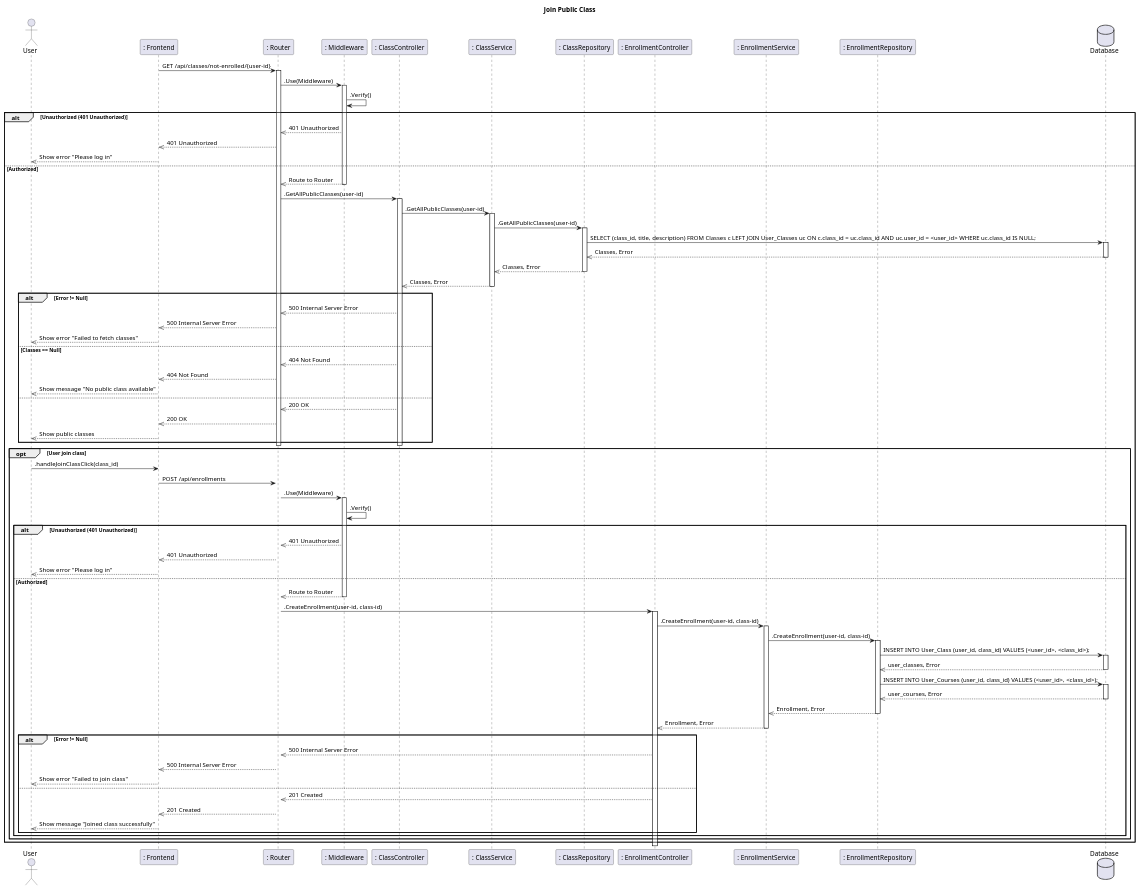
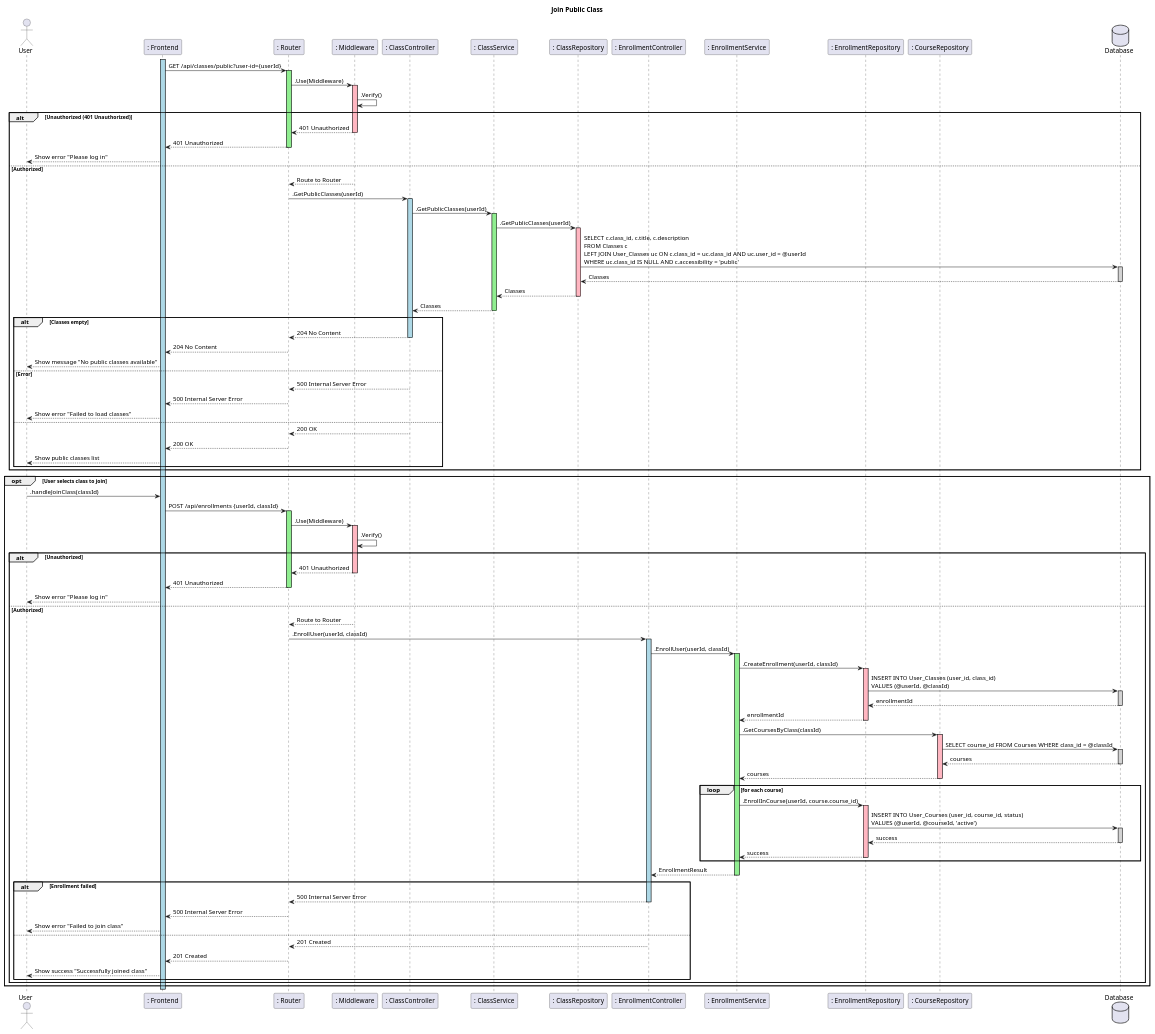
Before and after one commit to CS371-Project-Management/CS371-Sequence-Diagram: the diagram in SD13-Join-Public-Class.puml, drawn with PlantUML. The commit also changed 10 other files, not shown here.

Commit message:
feat: enhance sequence diagrams for login, account creation, class joining, and member deletion with improved error handling and validation

```diff
--- a/SD13-Join-Public-Class.puml
+++ b/SD13-Join-Public-Class.puml
@@ -1,112 +1,152 @@
 @startuml SequenceDiagram
 title Join Public Class
+
 actor User
 
 participant ": Frontend" as Frontend
 participant ": Router" as Router
 participant ": Middleware" as Middleware
 
 participant ": ClassController" as ClassController
 participant ": ClassService" as ClassService
 participant ": ClassRepository" as ClassRepository
 
 participant ": EnrollmentController" as EnrollmentController
 participant ": EnrollmentService" as EnrollmentService
 participant ": EnrollmentRepository" as EnrollmentRepository
+participant ": CourseRepository" as CourseRepository
 
 database Database
 
-Frontend -> Router: GET /api/classes/not-enrolled/{user-id}
-activate Router
+activate Frontend #LightBlue
+
+Frontend -> Router: GET /api/classes/public?user-id={userId}
+activate Router #LightGreen
 
 Router -> Middleware: .Use(Middleware)
-activate Middleware
+activate Middleware #LightPink
 Middleware -> Middleware : .Verify()
 
 alt Unauthorized (401 Unauthorized)
-  Middleware -->> Router: 401 Unauthorized
-  Router -->> Frontend: 401 Unauthorized
-  Frontend -->> User: Show error "Please log in"
+  Middleware --> Router: 401 Unauthorized
+  deactivate Middleware
+  Router --> Frontend: 401 Unauthorized
+  deactivate Router
+  Frontend --> User: Show error "Please log in"
 else Authorized
-  Middleware -->> Router: Route to Router
+  Middleware --> Router: Route to Router
   deactivate Middleware
-  Router -> ClassController: .GetAllPublicClasses(user-id)
-  activate ClassController
-  ClassController -> ClassService: .GetAllPublicClasses(user-id)
-  activate ClassService
-  ClassService -> ClassRepository: .GetAllPublicClasses(user-id)
-  activate ClassRepository
-  ClassRepository -> Database: SELECT (class_id, title, description) FROM Classes c LEFT JOIN User_Classes uc ON c.class_id = uc.class_id AND uc.user_id = <user_id> WHERE uc.class_id IS NULL;
-  activate Database
-  Database -->> ClassRepository : Classes, Error
+  Router -> ClassController: .GetPublicClasses(userId)
+  activate ClassController #LightBlue
+
+  ClassController -> ClassService: .GetPublicClasses(userId)
+  activate ClassService #LightGreen
+  ClassService -> ClassRepository: .GetPublicClasses(userId)
+  activate ClassRepository #LightPink
+  ClassRepository -> Database: SELECT c.class_id, c.title, c.description \nFROM Classes c \nLEFT JOIN User_Classes uc ON c.class_id = uc.class_id AND uc.user_id = @userId \nWHERE uc.class_id IS NULL AND c.accessibility = 'public'
+  activate Database #LightGray
+  Database --> ClassRepository: Classes
   deactivate Database
-  ClassRepository -->> ClassService : Classes, Error
+  ClassRepository --> ClassService: Classes
   deactivate ClassRepository
-  ClassService -->> ClassController : Classes, Error
+  ClassService --> ClassController: Classes
   deactivate ClassService
-  alt Error != Null
-    ClassController -->> Router : 500 Internal Server Error
-    Router -->> Frontend : 500 Internal Server Error
-    Frontend -->> User : Show error "Failed to fetch classes"
-  else Classes == Null
-    ClassController -->> Router : 404 Not Found
-    Router -->> Frontend : 404 Not Found
-    Frontend -->> User : Show message "No public class available"
+
+  alt Classes empty
+    ClassController --> Router: 204 No Content
+    deactivate ClassController
+    Router --> Frontend: 204 No Content
+    deactivate Router
+    Frontend --> User: Show message "No public classes available"
+  else Error
+    ClassController --> Router: 500 Internal Server Error
+    deactivate ClassController
+    Router --> Frontend: 500 Internal Server Error
+    deactivate Router
+    Frontend --> User: Show error "Failed to load classes"
   else
-    ClassController -->> Router : 200 OK
-    Router -->> Frontend : 200 OK
-    Frontend -->> User : Show public classes
+    ClassController --> Router: 200 OK
+    deactivate ClassController
+    Router --> Frontend: 200 OK
+    deactivate Router
+    Frontend --> User: Show public classes list
   end
-  deactivate ClassController
-  deactivate Router
-      deactivate ClassController
-      deactivate Router
-      opt User join class
-        User -> Frontend : .handleJoinClassClick(class_id)
-        Frontend -> Router : POST /api/enrollments
-        activate Router
+end
 
-        Router -> Middleware : .Use(Middleware)
-        activate Middleware
-        Middleware -> Middleware : .Verify()
+opt User selects class to join
+  User -> Frontend: .handleJoinClass(classId)
+  Frontend -> Router: POST /api/enrollments {userId, classId}
+  activate Router #LightGreen
 
-        alt Unauthorized (401 Unauthorized)
-          Middleware -->> Router: 401 Unauthorized
-          Router -->> Frontend: 401 Unauthorized
-          Frontend -->> User: Show error "Please log in"
-        else Authorized
-          Middleware -->> Router: Route to Router
-          deactivate Middleware
-          Router -> EnrollmentController: .CreateEnrollment(user-id, class-id)
-          activate EnrollmentController
-          EnrollmentController -> EnrollmentService: .CreateEnrollment(user-id, class-id)
-          activate EnrollmentService
-          EnrollmentService -> EnrollmentRepository: .CreateEnrollment(user-id, class-id)
-          activate EnrollmentRepository
-          EnrollmentRepository -> Database: INSERT INTO User_Class (user_id, class_id) VALUES (<user_id>, <class_id>);
-          activate Database
-          Database -->> EnrollmentRepository : user_classes, Error
-          deactivate Database
-          EnrollmentRepository -> Database: INSERT INTO User_Courses (user_id, class_id) VALUES (<user_id>, <class_id>);
-          activate Database
-          Database -->> EnrollmentRepository : user_courses, Error
-          deactivate Database
-          EnrollmentRepository -->> EnrollmentService : Enrollment, Error
-          deactivate EnrollmentRepository
-          EnrollmentService -->> EnrollmentController : Enrollment, Error
-          deactivate EnrollmentService
-          alt Error != Null
-            EnrollmentController -->> Router : 500 Internal Server Error
-            Router -->> Frontend : 500 Internal Server Error
-            Frontend -->> User : Show error "Failed to join class"
-          else
-            EnrollmentController -->> Router : 201 Created
-            Router -->> Frontend : 201 Created
-            Frontend -->> User : Show message "Joined class successfully"
-          end
-        end
-      end
+  Router -> Middleware: .Use(Middleware)
+  activate Middleware #LightPink
+  Middleware -> Middleware : .Verify()
+
+  alt Unauthorized
+    Middleware --> Router: 401 Unauthorized
+    deactivate Middleware
+    Router --> Frontend: 401 Unauthorized
+    deactivate Router
+    Frontend --> User: Show error "Please log in"
+  else Authorized
+    Middleware --> Router: Route to Router
+    deactivate Middleware
+    Router -> EnrollmentController: .EnrollUser(userId, classId)
+    activate EnrollmentController #LightBlue
+
+    EnrollmentController -> EnrollmentService: .EnrollUser(userId, classId)
+    activate EnrollmentService #LightGreen
+
+    ' Step 1: Create enrollment in User_Classes
+    EnrollmentService -> EnrollmentRepository: .CreateEnrollment(userId, classId)
+    activate EnrollmentRepository #LightPink
+    EnrollmentRepository -> Database: INSERT INTO User_Classes (user_id, class_id) \nVALUES (@userId, @classId)
+    activate Database #LightGray
+    Database --> EnrollmentRepository: enrollmentId
+    deactivate Database
+    EnrollmentRepository --> EnrollmentService: enrollmentId
+    deactivate EnrollmentRepository
+
+    ' Step 2: Get courses for this class
+    EnrollmentService -> CourseRepository: .GetCoursesByClass(classId)
+    activate CourseRepository #LightPink
+    CourseRepository -> Database: SELECT course_id FROM Courses WHERE class_id = @classId
+    activate Database #LightGray
+    Database --> CourseRepository: courses
+    deactivate Database
+    CourseRepository --> EnrollmentService: courses
+    deactivate CourseRepository
+
+    ' Step 3: Enroll in all courses
+    loop for each course
+      EnrollmentService -> EnrollmentRepository: .EnrollInCourse(userId, course.course_id)
+      activate EnrollmentRepository #LightPink
+      EnrollmentRepository -> Database: INSERT INTO User_Courses (user_id, course_id, status) \nVALUES (@userId, @courseId, 'active')
+      activate Database #LightGray
+      Database --> EnrollmentRepository: success
+      deactivate Database
+      EnrollmentRepository --> EnrollmentService: success
+      deactivate EnrollmentRepository
     end
 
+    EnrollmentService --> EnrollmentController: EnrollmentResult
+    deactivate EnrollmentService
 
+    alt Enrollment failed
+      EnrollmentController --> Router: 500 Internal Server Error
+      deactivate EnrollmentController
+      Router --> Frontend: 500 Internal Server Error
+      deactivate Router
+      Frontend --> User: Show error "Failed to join class"
+    else
+      EnrollmentController --> Router: 201 Created
+      deactivate EnrollmentController
+      Router --> Frontend: 201 Created
+      deactivate Router
+      Frontend --> User: Show success "Successfully joined class"
+    end
+  end
+end
+
+deactivate Frontend
 @enduml
```
